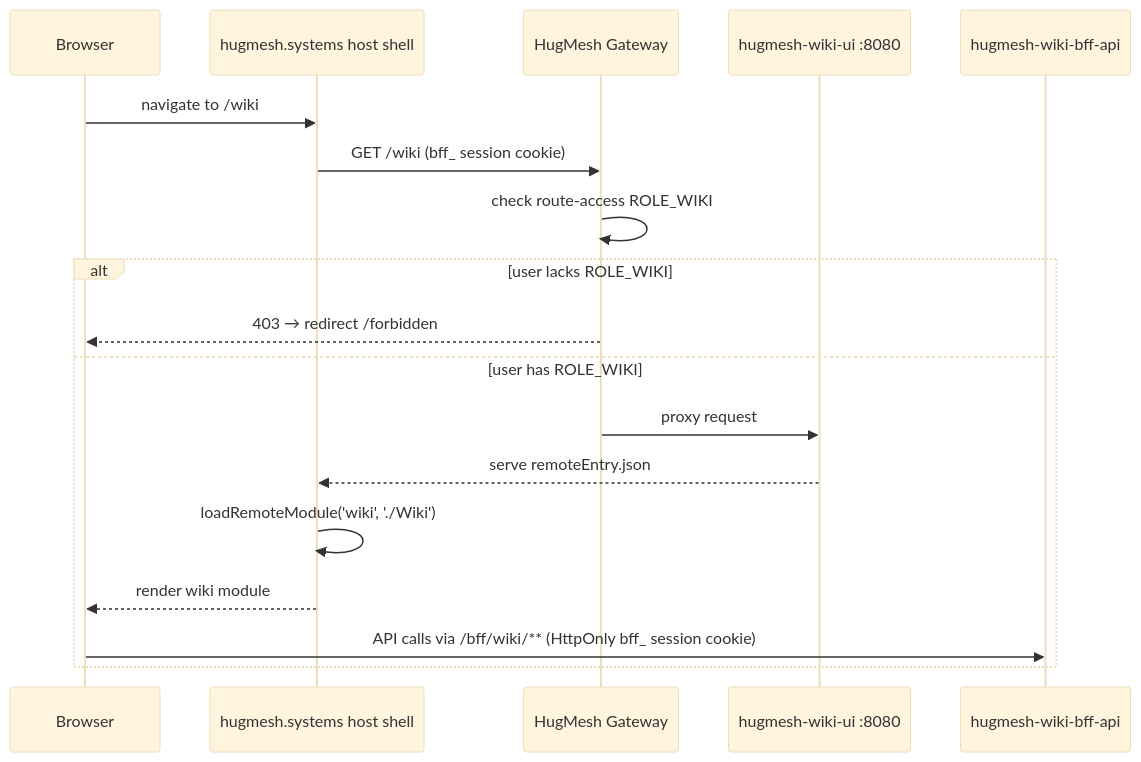
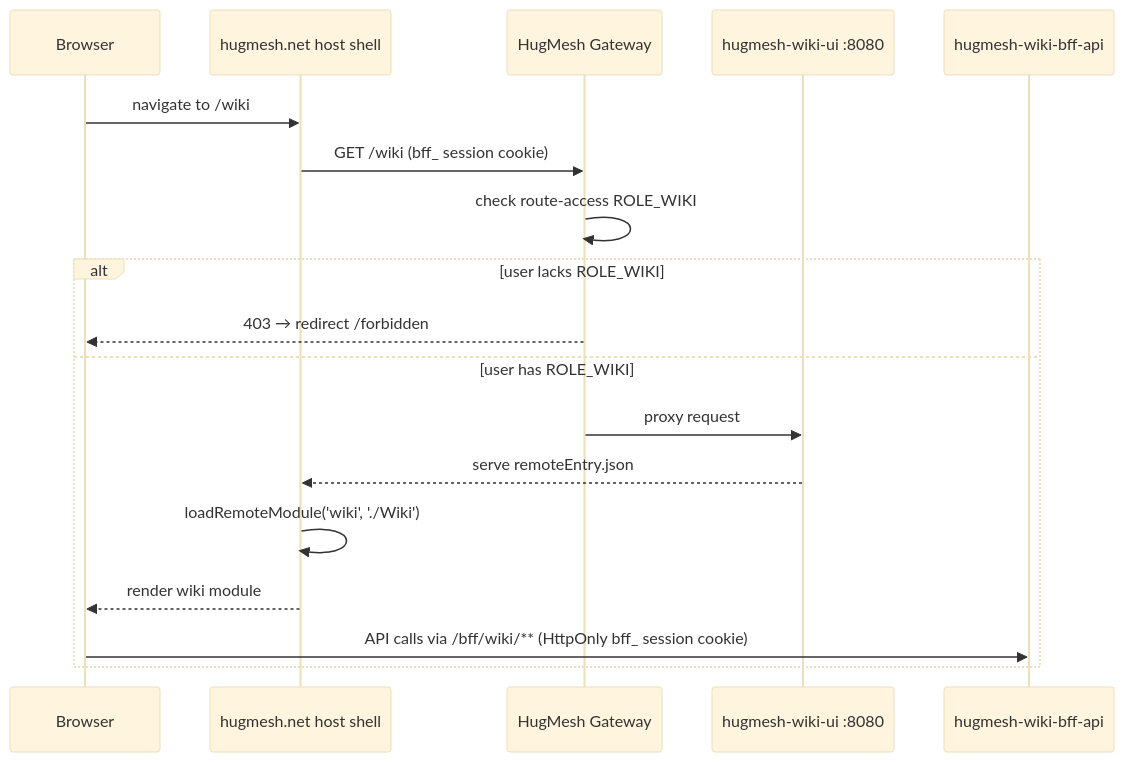
One commit to hugmesh/hugmesh-wiki-ui changed the first of 2 diagrams in README.md. Above: the diagram before and after it, drawn with Mermaid (base theme). The commit also changed other lines of this file and 9 other files, not shown here.

First line of the commit message:
chore(rename): eliminate .systems tokens in favour of hugmesh.net

````diff
--- a/README.md
+++ b/README.md
@@ -40,21 +40,21 @@
 ```mermaid
 sequenceDiagram
     participant Browser
-    participant Host as hugmesh.systems host shell
+    participant Host as hugmesh.net host shell
     participant Gateway as HugMesh Gateway
     participant WikiUI as hugmesh-wiki-ui :8080
     participant BFF as hugmesh-wiki-bff-api
 
     Browser->>Host: navigate to /wiki
     Host->>Gateway: GET /wiki (bff_ session cookie)
     Gateway->>Gateway: check route-access ROLE_WIKI
     alt user lacks ROLE_WIKI
         Gateway-->>Browser: 403 → redirect /forbidden
     else user has ROLE_WIKI
         Gateway->>WikiUI: proxy request
         WikiUI-->>Host: serve remoteEntry.json
         Host->>Host: loadRemoteModule('wiki', './Wiki')
         Host-->>Browser: render wiki module
         Browser->>BFF: API calls via /bff/wiki/** (HttpOnly bff_ session cookie)
     end
 ```
````
